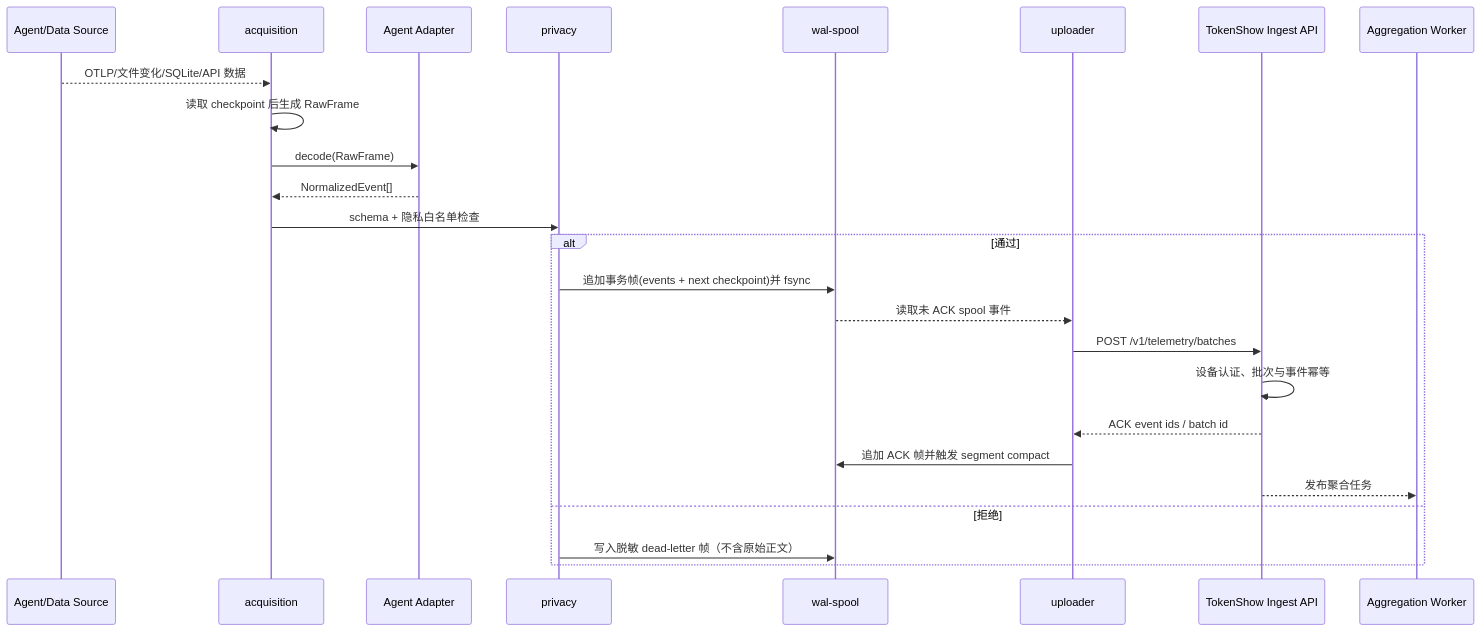
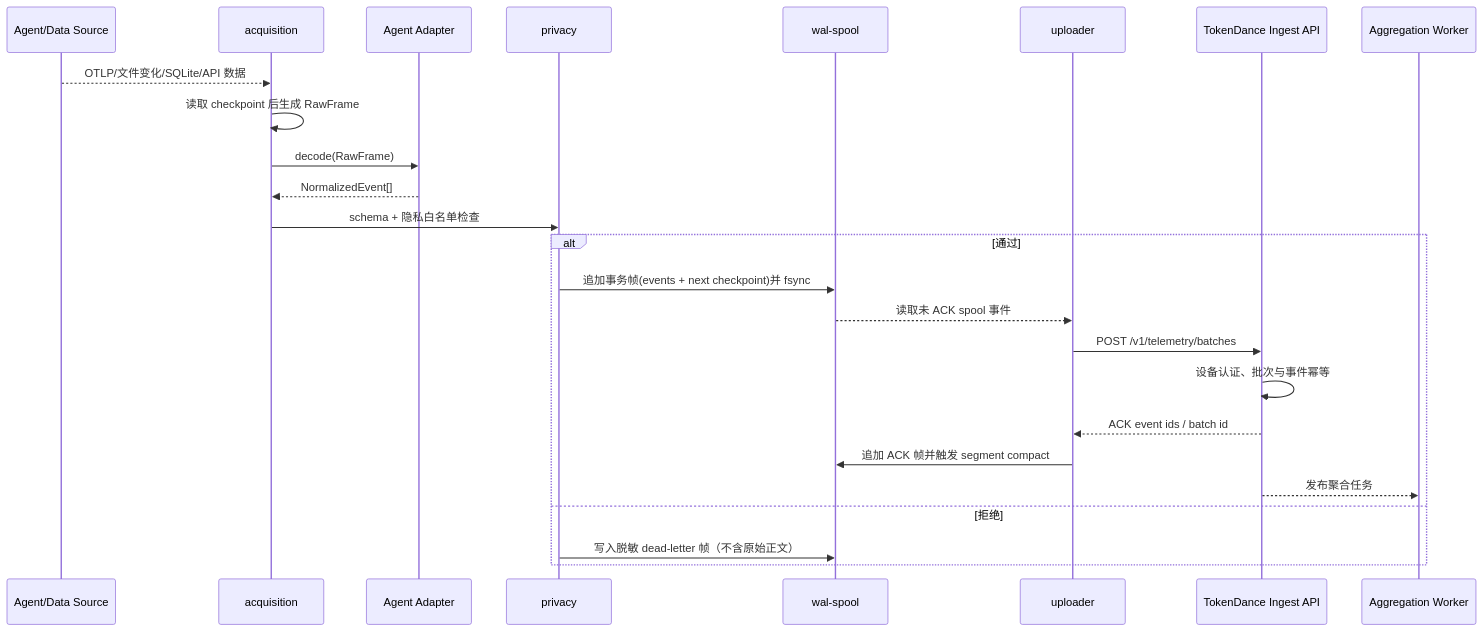
One commit to DarrenHoo-10/token_dance changed the third of 4 diagrams in docs/collector-plugin-architecture-and-acceptance.md. Above: the diagram before and after it, drawn with Mermaid. The commit also changed other lines of this file and 7 other files, not shown here.

Commit message:
docs: complete TokenDance user system design

````diff
--- a/docs/collector-plugin-architecture-and-acceptance.md
+++ b/docs/collector-plugin-architecture-and-acceptance.md
@@ -535,28 +535,28 @@
 ```mermaid
 sequenceDiagram
     participant G as Agent/Data Source
     participant Q as acquisition
     participant A as Agent Adapter
     participant P as privacy
     participant L as wal-spool
     participant U as uploader
-    participant I as TokenShow Ingest API
+    participant I as TokenDance Ingest API
     participant W as Aggregation Worker
 
     G-->>Q: OTLP/文件变化/SQLite/API 数据
     Q->>Q: 读取 checkpoint 后生成 RawFrame
     Q->>A: decode(RawFrame)
     A-->>Q: NormalizedEvent[]
     Q->>P: schema + 隐私白名单检查
     alt 通过
         P->>L: 追加事务帧(events + next checkpoint)并 fsync
         L-->>U: 读取未 ACK spool 事件
         U->>I: POST /v1/telemetry/batches
         I->>I: 设备认证、批次与事件幂等
         I-->>U: ACK event ids / batch id
         U->>L: 追加 ACK 帧并触发 segment compact
         I-->>W: 发布聚合任务
     else 拒绝
         P->>L: 写入脱敏 dead-letter 帧（不含原始正文）
     end
 ```
````
